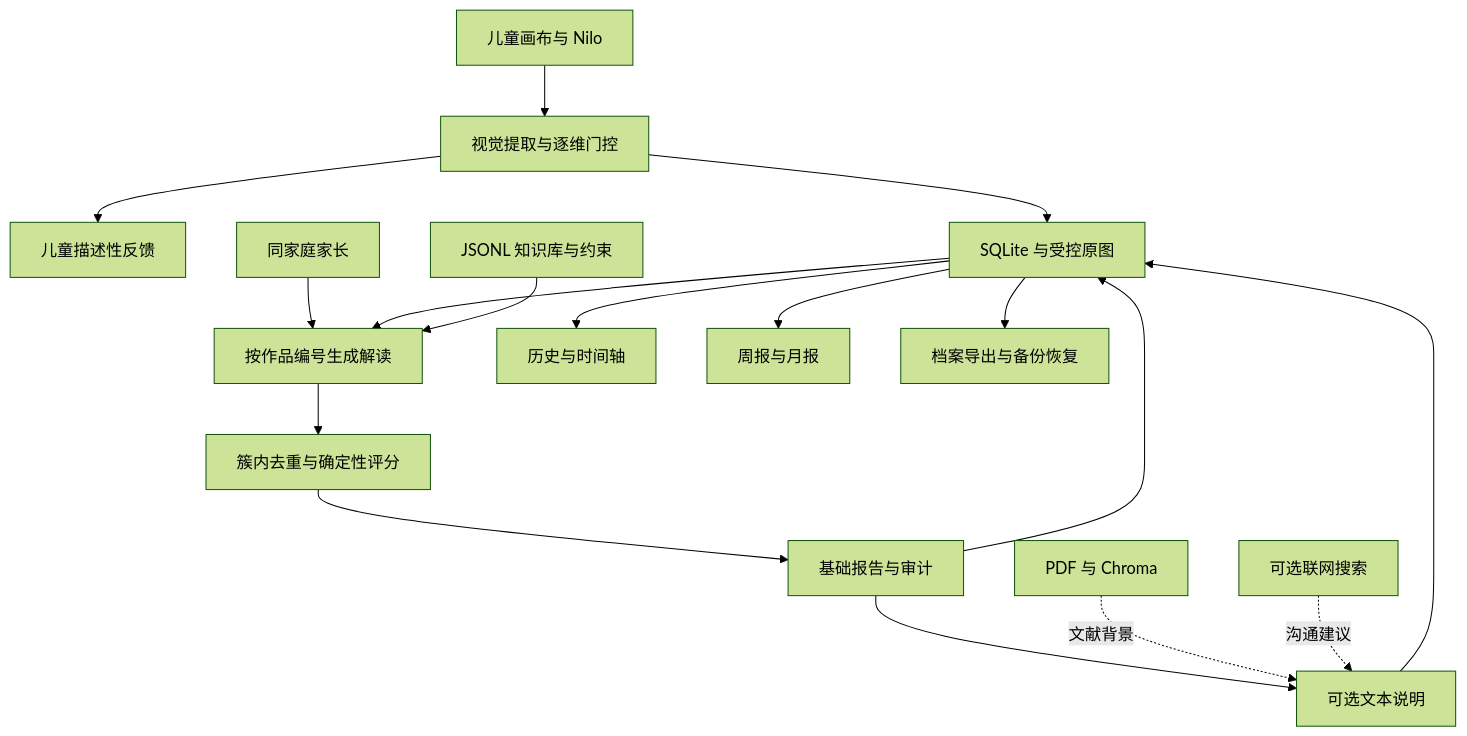
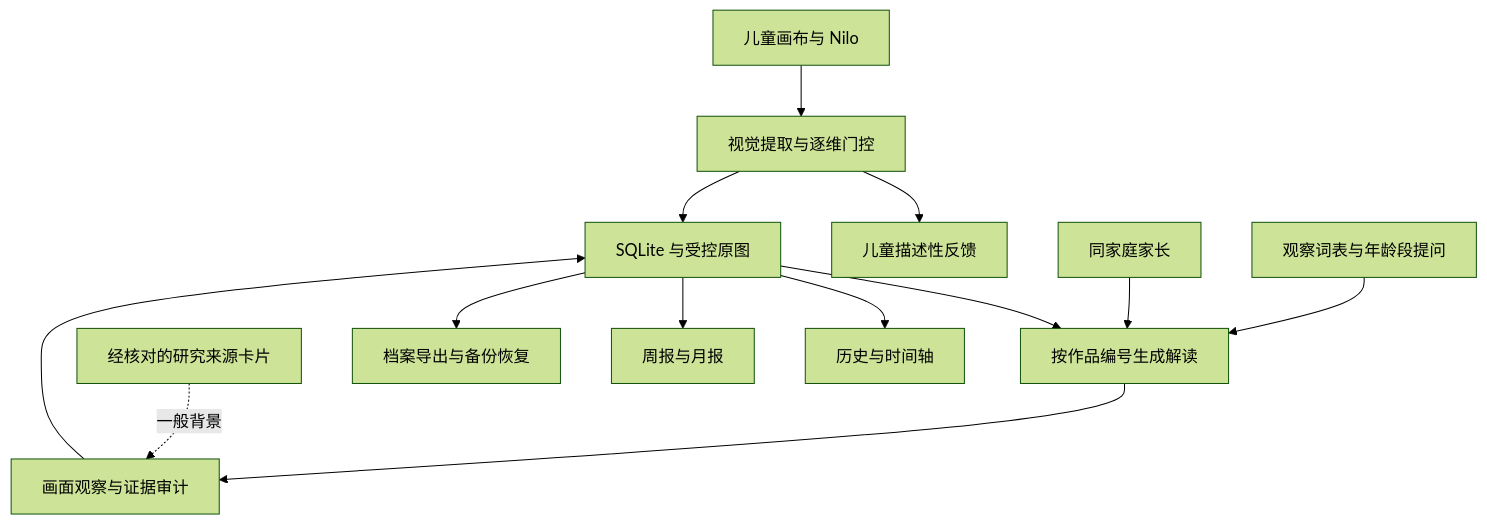
Before and after one commit to shuijiacui/Luma: the diagram in README.md, drawn with Mermaid (forest theme). The commit also changed other lines of this file and 170 other files, not shown here.

````diff
--- a/README.md
+++ b/README.md
@@ -95,19 +95,15 @@
 ```mermaid
 flowchart TD
   Child[儿童画布与 Nilo] --> Analyze[视觉提取与逐维门控]
   Analyze --> Feedback[儿童描述性反馈]
   Analyze --> Store[SQLite 与受控原图]
   Parent[同家庭家长] --> Report[按作品编号生成解读]
   Store --> Report
-  KB[JSONL 知识库与约束] --> Report
-  Report --> Score[簇内去重与确定性评分]
-  Score --> Baseline[基础报告与审计]
-  Baseline --> Enrich[可选文本说明]
-  Literature[PDF 与 Chroma] -. 文献背景 .-> Enrich
-  Search[可选联网搜索] -. 沟通建议 .-> Enrich
+  KB[观察词表与年龄段提问] --> Report
+  Report --> Baseline[画面观察与证据审计]
+  Literature[经核对的研究来源卡片] -. 一般背景 .-> Baseline
   Baseline --> Store
-  Enrich --> Store
   Store --> History[历史与时间轴]
   Store --> Digests[周报与月报]
   Store --> Export[档案导出与备份恢复]
 ```
````
